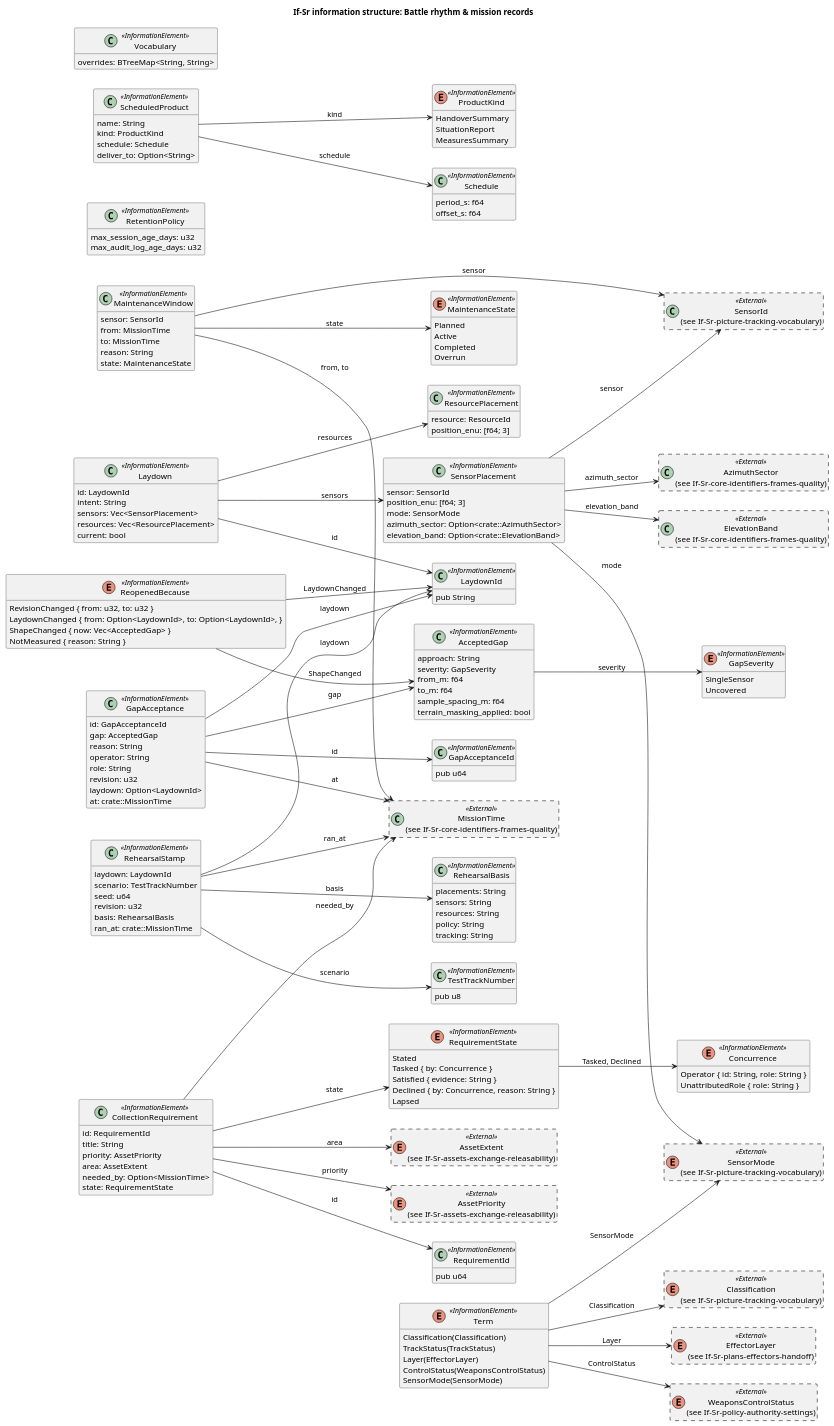
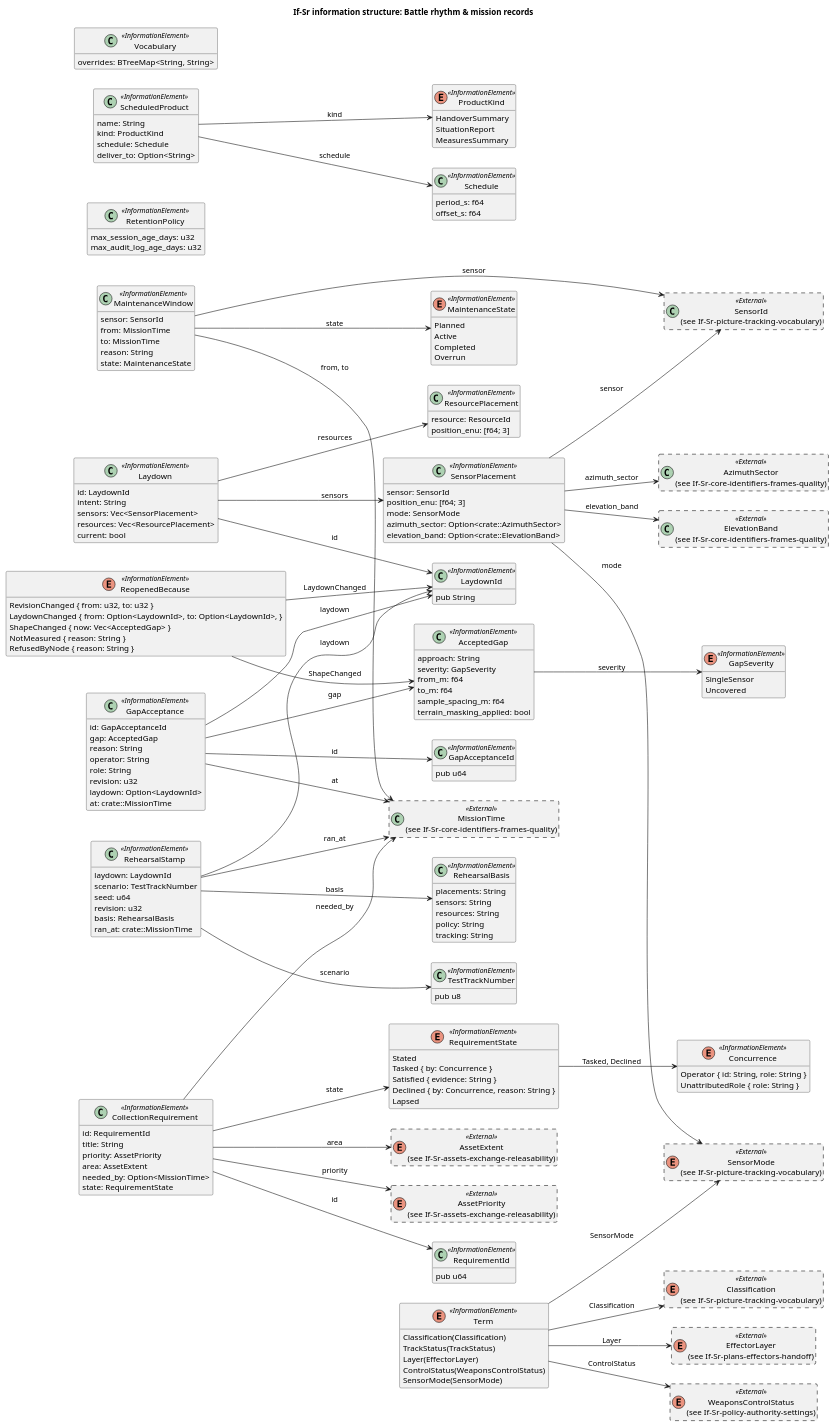
One commit to WayneRoessling/gungnir changed the diagram in docs/architecture/uaf/information/If-Sr-battle-rhythm-mission-records.puml. Above: the diagram before and after it, drawn with PlantUML. The commit also changed 18 other files, not shown here.

```diff
--- a/docs/architecture/uaf/information/If-Sr-battle-rhythm-mission-records.puml
+++ b/docs/architecture/uaf/information/If-Sr-battle-rhythm-mission-records.puml
@@ -1,193 +1,194 @@
 @startuml If-Sr-battle-rhythm-mission-records
 title If-Sr information structure: Battle rhythm & mission records
 left to right direction
 hide empty members
 skinparam classAttributeIconSize 0
 class "LaydownId" as LaydownId <<InformationElement>> {
   pub String
 }
 class "SensorPlacement" as SensorPlacement <<InformationElement>> {
   sensor: SensorId
   position_enu: [f64; 3]
   mode: SensorMode
   azimuth_sector: Option<crate::AzimuthSector>
   elevation_band: Option<crate::ElevationBand>
 }
 class "ResourcePlacement" as ResourcePlacement <<InformationElement>> {
   resource: ResourceId
   position_enu: [f64; 3]
 }
 class "Laydown" as Laydown <<InformationElement>> {
   id: LaydownId
   intent: String
   sensors: Vec<SensorPlacement>
   resources: Vec<ResourcePlacement>
   current: bool
 }
 class "TestTrackNumber" as TestTrackNumber <<InformationElement>> {
   pub u8
 }
 enum "GapSeverity" as GapSeverity <<InformationElement>> {
   SingleSensor
   Uncovered
 }
 class "AcceptedGap" as AcceptedGap <<InformationElement>> {
   approach: String
   severity: GapSeverity
   from_m: f64
   to_m: f64
   sample_spacing_m: f64
   terrain_masking_applied: bool
 }
 class "GapAcceptanceId" as GapAcceptanceId <<InformationElement>> {
   pub u64
 }
 class "GapAcceptance" as GapAcceptance <<InformationElement>> {
   id: GapAcceptanceId
   gap: AcceptedGap
   reason: String
   operator: String
   role: String
   revision: u32
   laydown: Option<LaydownId>
   at: crate::MissionTime
 }
 enum "ReopenedBecause" as ReopenedBecause <<InformationElement>> {
   RevisionChanged { from: u32, to: u32 }
   LaydownChanged { from: Option<LaydownId>, to: Option<LaydownId>, }
   ShapeChanged { now: Vec<AcceptedGap> }
   NotMeasured { reason: String }
+  RefusedByNode { reason: String }
 }
 class "RehearsalBasis" as RehearsalBasis <<InformationElement>> {
   placements: String
   sensors: String
   resources: String
   policy: String
   tracking: String
 }
 class "RehearsalStamp" as RehearsalStamp <<InformationElement>> {
   laydown: LaydownId
   scenario: TestTrackNumber
   seed: u64
   revision: u32
   basis: RehearsalBasis
   ran_at: crate::MissionTime
 }
 class "RequirementId" as RequirementId <<InformationElement>> {
   pub u64
 }
 enum "Concurrence" as Concurrence <<InformationElement>> {
   Operator { id: String, role: String }
   UnattributedRole { role: String }
 }
 class "CollectionRequirement" as CollectionRequirement <<InformationElement>> {
   id: RequirementId
   title: String
   priority: AssetPriority
   area: AssetExtent
   needed_by: Option<MissionTime>
   state: RequirementState
 }
 enum "RequirementState" as RequirementState <<InformationElement>> {
   Stated
   Tasked { by: Concurrence }
   Satisfied { evidence: String }
   Declined { by: Concurrence, reason: String }
   Lapsed
 }
 class "RetentionPolicy" as RetentionPolicy <<InformationElement>> {
   max_session_age_days: u32
   max_audit_log_age_days: u32
 }
 class "ScheduledProduct" as ScheduledProduct <<InformationElement>> {
   name: String
   kind: ProductKind
   schedule: Schedule
   deliver_to: Option<String>
 }
 enum "ProductKind" as ProductKind <<InformationElement>> {
   HandoverSummary
   SituationReport
   MeasuresSummary
 }
 class "Schedule" as Schedule <<InformationElement>> {
   period_s: f64
   offset_s: f64
 }
 class "MaintenanceWindow" as MaintenanceWindow <<InformationElement>> {
   sensor: SensorId
   from: MissionTime
   to: MissionTime
   reason: String
   state: MaintenanceState
 }
 enum "MaintenanceState" as MaintenanceState <<InformationElement>> {
   Planned
   Active
   Completed
   Overrun
 }
 enum "Term" as Term <<InformationElement>> {
   Classification(Classification)
   TrackStatus(TrackStatus)
   Layer(EffectorLayer)
   ControlStatus(WeaponsControlStatus)
   SensorMode(SensorMode)
 }
 class "Vocabulary" as Vocabulary <<InformationElement>> {
   overrides: BTreeMap<String, String>
 }
 enum "AssetExtent\n(see If-Sr-assets-exchange-releasability)" as AssetExtent <<External>> #line.dashed {
 }
 enum "AssetPriority\n(see If-Sr-assets-exchange-releasability)" as AssetPriority <<External>> #line.dashed {
 }
 class "AzimuthSector\n(see If-Sr-core-identifiers-frames-quality)" as AzimuthSector <<External>> #line.dashed {
 }
 enum "Classification\n(see If-Sr-picture-tracking-vocabulary)" as Classification <<External>> #line.dashed {
 }
 enum "EffectorLayer\n(see If-Sr-plans-effectors-handoff)" as EffectorLayer <<External>> #line.dashed {
 }
 class "ElevationBand\n(see If-Sr-core-identifiers-frames-quality)" as ElevationBand <<External>> #line.dashed {
 }
 class "MissionTime\n(see If-Sr-core-identifiers-frames-quality)" as MissionTime <<External>> #line.dashed {
 }
 class "SensorId\n(see If-Sr-picture-tracking-vocabulary)" as SensorId <<External>> #line.dashed {
 }
 enum "SensorMode\n(see If-Sr-picture-tracking-vocabulary)" as SensorMode <<External>> #line.dashed {
 }
 enum "WeaponsControlStatus\n(see If-Sr-policy-authority-settings)" as WeaponsControlStatus <<External>> #line.dashed {
 }
 SensorPlacement --> AzimuthSector : azimuth_sector
 SensorPlacement --> ElevationBand : elevation_band
 SensorPlacement --> SensorId : sensor
 SensorPlacement --> SensorMode : mode
 Laydown --> LaydownId : id
 Laydown --> ResourcePlacement : resources
 Laydown --> SensorPlacement : sensors
 AcceptedGap --> GapSeverity : severity
 GapAcceptance --> AcceptedGap : gap
 GapAcceptance --> GapAcceptanceId : id
 GapAcceptance --> LaydownId : laydown
 GapAcceptance --> MissionTime : at
 ReopenedBecause --> AcceptedGap : ShapeChanged
 ReopenedBecause --> LaydownId : LaydownChanged
 RehearsalStamp --> LaydownId : laydown
 RehearsalStamp --> MissionTime : ran_at
 RehearsalStamp --> RehearsalBasis : basis
 RehearsalStamp --> TestTrackNumber : scenario
 CollectionRequirement --> AssetExtent : area
 CollectionRequirement --> AssetPriority : priority
 CollectionRequirement --> MissionTime : needed_by
 CollectionRequirement --> RequirementId : id
 CollectionRequirement --> RequirementState : state
 RequirementState --> Concurrence : Tasked, Declined
 ScheduledProduct --> ProductKind : kind
 ScheduledProduct --> Schedule : schedule
 MaintenanceWindow --> MaintenanceState : state
 MaintenanceWindow --> MissionTime : from, to
 MaintenanceWindow --> SensorId : sensor
 Term --> Classification : Classification
 Term --> EffectorLayer : Layer
 Term --> SensorMode : SensorMode
 Term --> WeaponsControlStatus : ControlStatus
 @enduml
```
